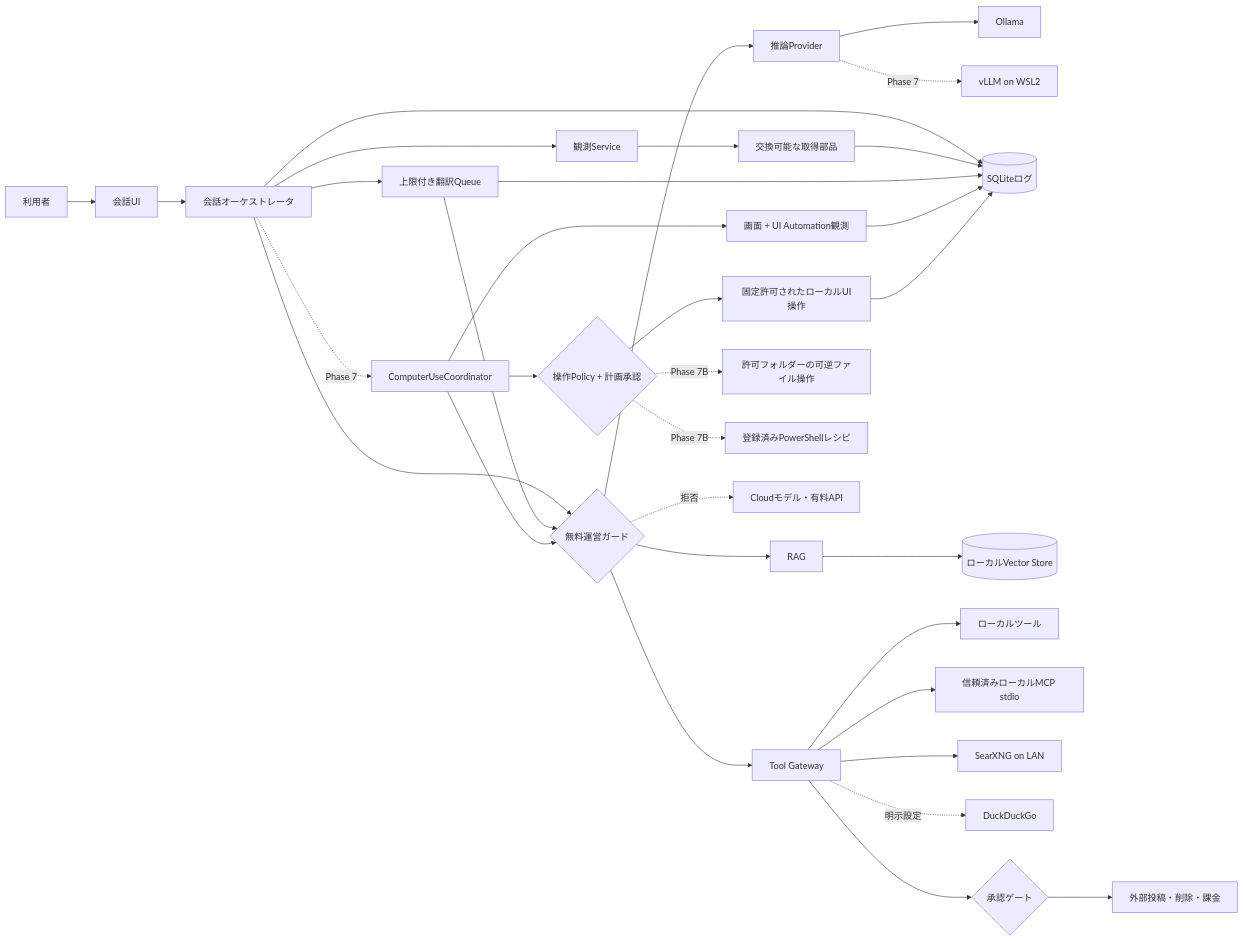
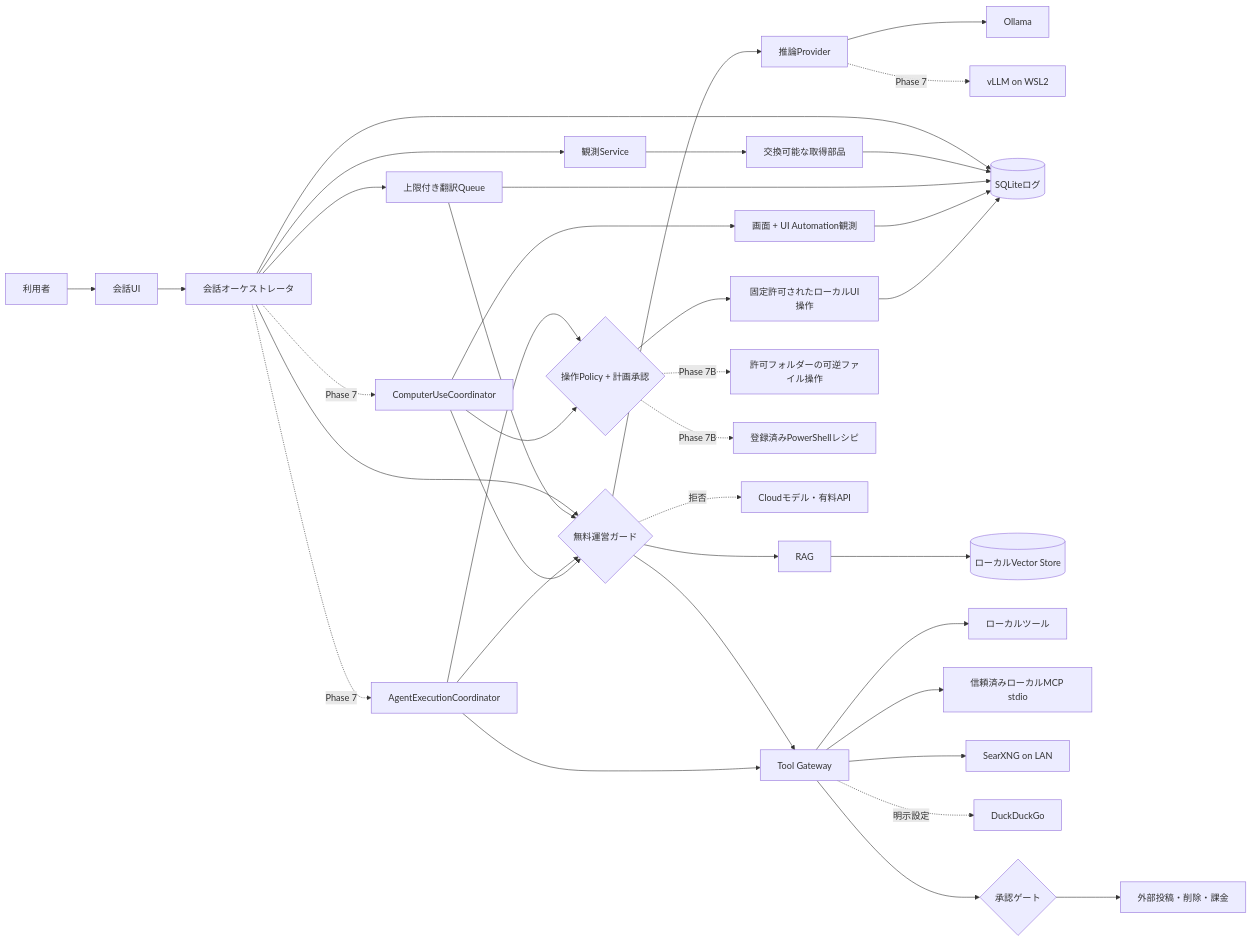
One commit to mama-116/local-ai-workbench-starter changed the diagram in docs/ARCHITECTURE.md. Above: the diagram before and after it, drawn with Mermaid. The commit also changed other lines of this file and 13 other files, not shown here.

````diff
--- a/docs/ARCHITECTURE.md
+++ b/docs/ARCHITECTURE.md
@@ -7,35 +7,39 @@
 ```mermaid
 flowchart LR
     U[利用者] --> UI[会話UI]
     UI --> O[会話オーケストレータ]
     O --> F{無料運営ガード}
     F --> P[推論Provider]
     P --> OL[Ollama]
     P -. Phase 7 .-> VL[vLLM on WSL2]
     O --> DB[(SQLiteログ)]
     O --> M[観測Service]
     M --> COL[交換可能な取得部品]
     COL --> DB
     O --> Q[上限付き翻訳Queue]
     Q --> F
     Q --> DB
     F --> R[RAG]
     R --> V[(ローカルVector Store)]
     F --> T[Tool Gateway]
     T --> L[ローカルツール]
     T --> MCP[信頼済みローカルMCP stdio]
     T --> S[SearXNG on LAN]
     T -. 明示設定 .-> D[DuckDuckGo]
     T --> A{承認ゲート}
     A --> X[外部投稿・削除・課金]
     O -. Phase 7 .-> CU[ComputerUseCoordinator]
+    O -. Phase 7 .-> AE[AgentExecutionCoordinator]
+    AE --> F
+    AE --> T
+    AE --> CAP
     CU --> F
     CU --> OBS[画面 + UI Automation観測]
     CU --> CAP{操作Policy + 計画承認}
     CAP --> ACT[固定許可されたローカルUI操作]
     CAP -. Phase 7B .-> FOP[許可フォルダーの可逆ファイル操作]
     CAP -. Phase 7B .-> PSP[登録済みPowerShellレシピ]
     OBS --> DB
     ACT --> DB
     F -. 拒否 .-> CLD[Cloudモデル・有料API]
 ```
````
